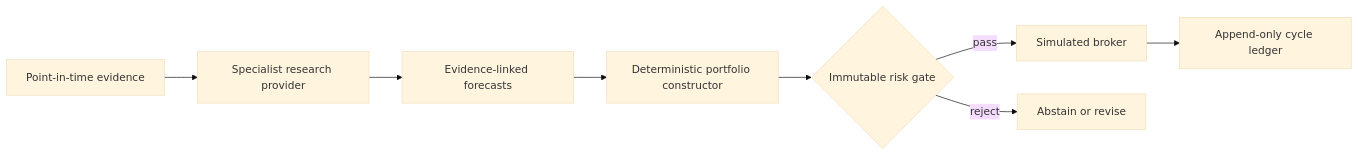
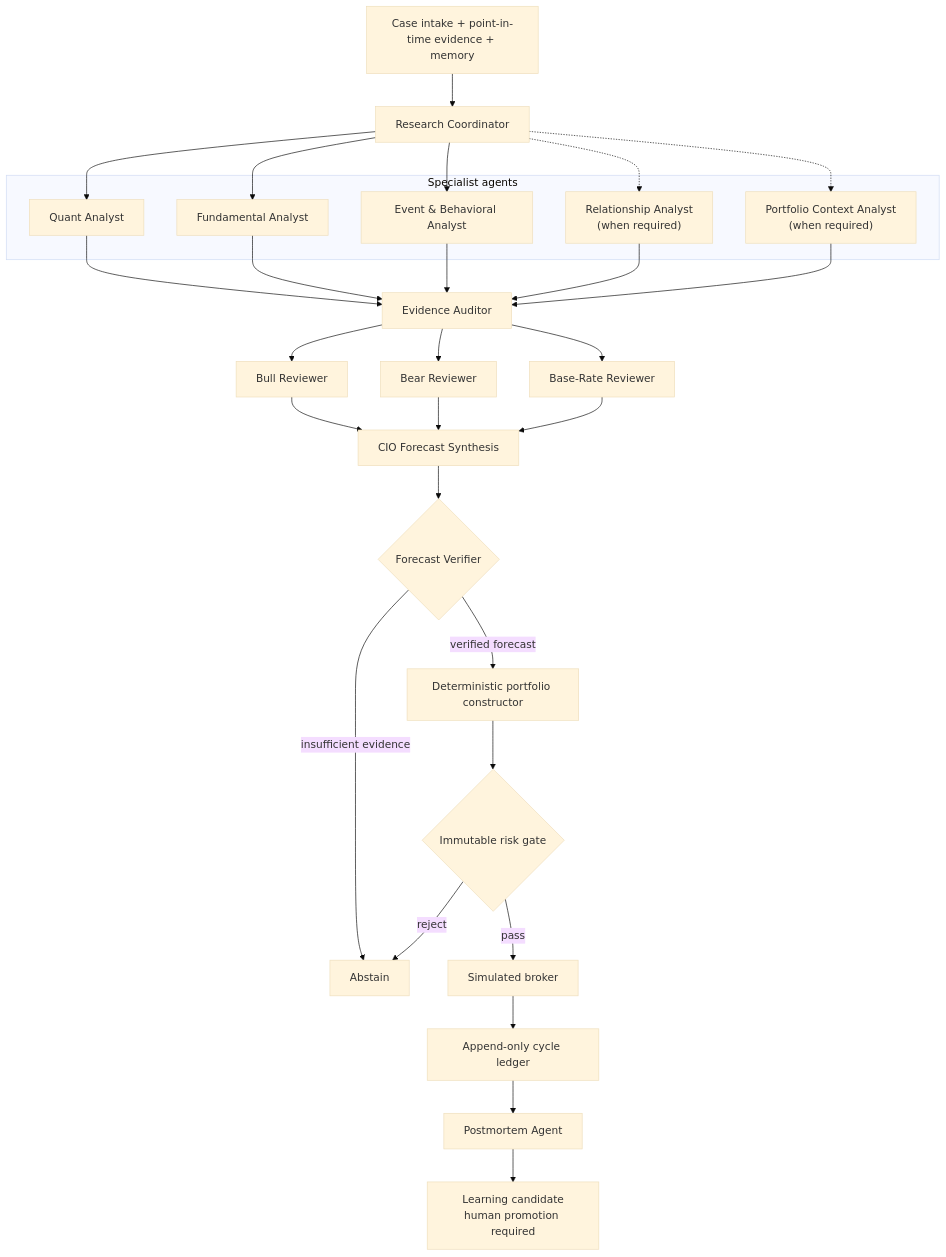
Before and after one commit to raghavbadhwar/AegisQuant: the diagram in README.md, drawn with Mermaid (base theme).

Commit message:
docs: expand project and agent diagrams

````diff
--- a/README.md
+++ b/README.md
@@ -120,10 +120,36 @@
 ```mermaid
-flowchart LR
-  E["Point-in-time evidence"] --> R["Specialist research provider"]
-  R --> F["Evidence-linked forecasts"]
-  F --> P["Deterministic portfolio constructor"]
-  P --> G{"Immutable risk gate"}
-  G -->|"pass"| S["Simulated broker"]
-  G -->|"reject"| X["Abstain or revise"]
-  S --> L["Append-only cycle ledger"]
+flowchart TD
+  I["Case intake + point-in-time evidence + memory"] --> RC["Research Coordinator"]
+  subgraph Specialists["Specialist agents"]
+    Q["Quant Analyst"]
+    F["Fundamental Analyst"]
+    EB["Event & Behavioral Analyst"]
+    RA["Relationship Analyst<br/>(when required)"]
+    PC["Portfolio Context Analyst<br/>(when required)"]
+  end
+  RC --> Q
+  RC --> F
+  RC --> EB
+  RC -.-> RA
+  RC -.-> PC
+  Q --> EA["Evidence Auditor"]
+  F --> EA
+  EB --> EA
+  RA --> EA
+  PC --> EA
+  EA --> BU["Bull Reviewer"]
+  EA --> BE["Bear Reviewer"]
+  EA --> BR["Base-Rate Reviewer"]
+  BU --> CIO["CIO Forecast Synthesis"]
+  BE --> CIO
+  BR --> CIO
+  CIO --> FV{"Forecast Verifier"}
+  FV -->|"verified forecast"| DP["Deterministic portfolio constructor"]
+  FV -->|"insufficient evidence"| X["Abstain"]
+  DP --> G{"Immutable risk gate"}
+  G -->|"pass"| SB["Simulated broker"]
+  G -->|"reject"| X
+  SB --> L["Append-only cycle ledger"]
+  L --> PM["Postmortem Agent"]
+  PM --> LC["Learning candidate<br/>human promotion required"]
 ```
````
